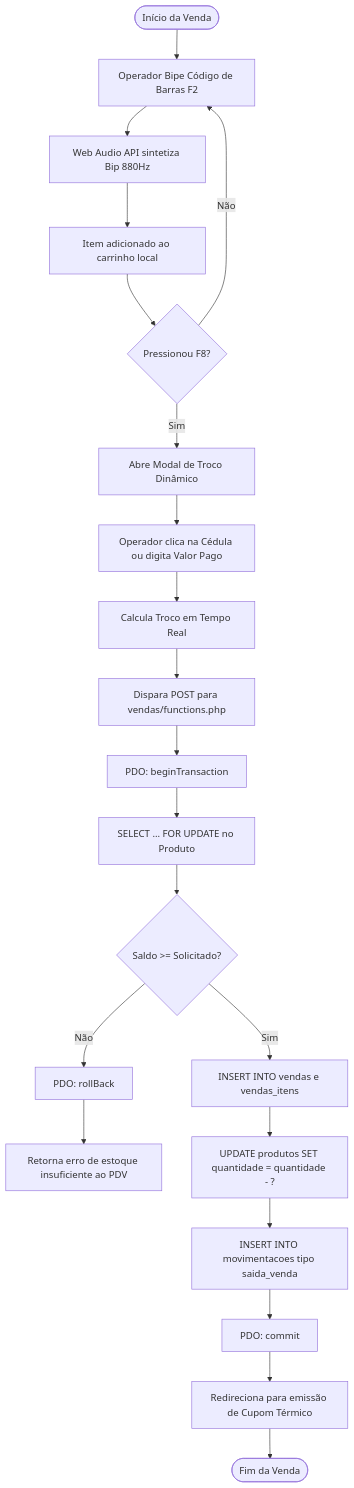
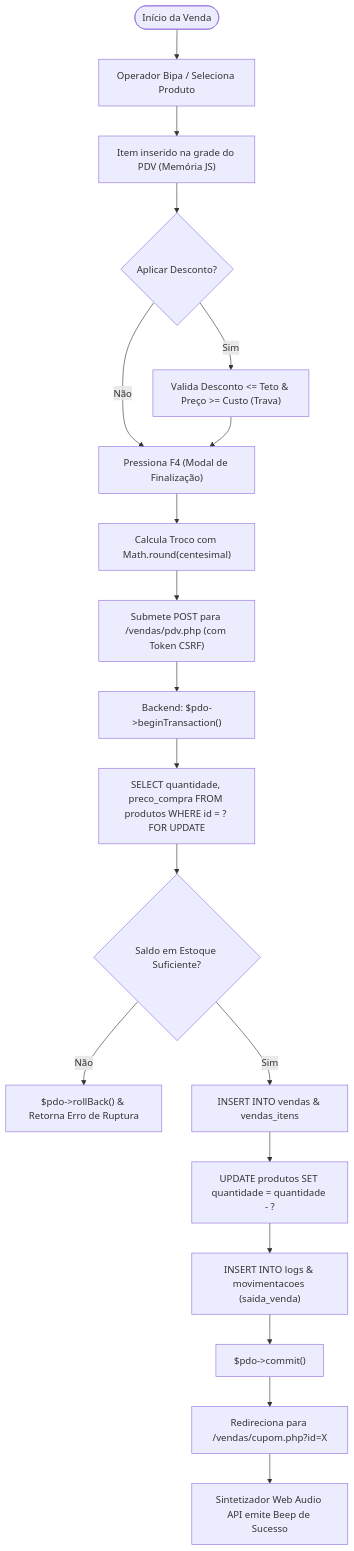
Before and after one commit to mrcodingdev/mrstock-erp: the second of 2 diagrams in docs/fluxo_sistema.md, drawn with Mermaid. The commit also changed other lines of this file and 27 other files, not shown here.

````diff
--- a/docs/fluxo_sistema.md
+++ b/docs/fluxo_sistema.md
@@ -43,23 +43,23 @@
 ```mermaid
 flowchart TD
-    Start([Início da Venda]) --> Input[Operador Bipe Código de Barras F2]
-    Input --> Beep[Web Audio API sintetiza Bip 880Hz]
-    Beep --> Cart[Item adicionado ao carrinho local]
-    Cart --> Checkout{Pressionou F8?}
-    Checkout -- Não --> Input
-    Checkout -- Sim --> Modal[Abre Modal de Troco Dinâmico]
-    Modal --> Cash[Operador clica na Cédula ou digita Valor Pago]
-    Cash --> Calc[Calcula Troco em Tempo Real]
-    Calc --> Submit[Dispara POST para vendas/functions.php]
-    Submit --> TransBegin[PDO: beginTransaction]
-    TransBegin --> Lock[SELECT ... FOR UPDATE no Produto]
-    Lock --> CheckStock{Saldo >= Solicitado?}
-    CheckStock -- Não --> Rollback[PDO: rollBack]
-    Rollback --> ErrorPage[Retorna erro de estoque insuficiente ao PDV]
-    CheckStock -- Sim --> InsertSale[INSERT INTO vendas e vendas_itens]
-    InsertSale --> UpdateStock[UPDATE produtos SET quantidade = quantidade - ?]
-    UpdateStock --> InsertMov[INSERT INTO movimentacoes tipo saida_venda]
-    InsertMov --> Commit[PDO: commit]
-    Commit --> PrintCupom[Redireciona para emissão de Cupom Térmico]
-    PrintCupom --> End([Fim da Venda])
+    Start(["Início da Venda"]) --> ReadItem["Operador Bipa / Seleciona Produto"]
+    ReadItem --> CheckMem["Item inserido na grade do PDV (Memória JS)"]
+    CheckMem --> ApplyDesc{"Aplicar Desconto?"}
+    ApplyDesc -- Sim --> ValidaDesc["Valida Desconto <= Teto & Preço >= Custo (Trava)"]
+    ApplyDesc -- Não --> FinishModal["Pressiona F4 (Modal de Finalização)"]
+    ValidaDesc --> FinishModal
+    FinishModal --> CalcTroco["Calcula Troco com Math.round(centesimal)"]
+    CalcTroco --> SubmitPost["Submete POST para /vendas/pdv.php (com Token CSRF)"]
+    
+    SubmitPost --> BeginTx["Backend: $pdo->beginTransaction()"]
+    BeginTx --> LockRow["SELECT quantidade, preco_compra FROM produtos WHERE id = ? FOR UPDATE"]
+    LockRow --> CheckStock{"Saldo em Estoque Suficiente?"}
+    
+    CheckStock -- Não --> RollbackTx["$pdo->rollBack() & Retorna Erro de Ruptura"]
+    CheckStock -- Sim --> InsertVenda["INSERT INTO vendas & vendas_itens"]
+    InsertVenda --> DecStock["UPDATE produtos SET quantidade = quantidade - ?"]
+    DecStock --> InsertLog["INSERT INTO logs & movimentacoes (saida_venda)"]
+    InsertLog --> CommitTx["$pdo->commit()"]
+    CommitTx --> RedirectCupom["Redireciona para /vendas/cupom.php?id=X"]
+    RedirectCupom --> PlaySuccess["Sintetizador Web Audio API emite Beep de Sucesso"]
 ```
````
